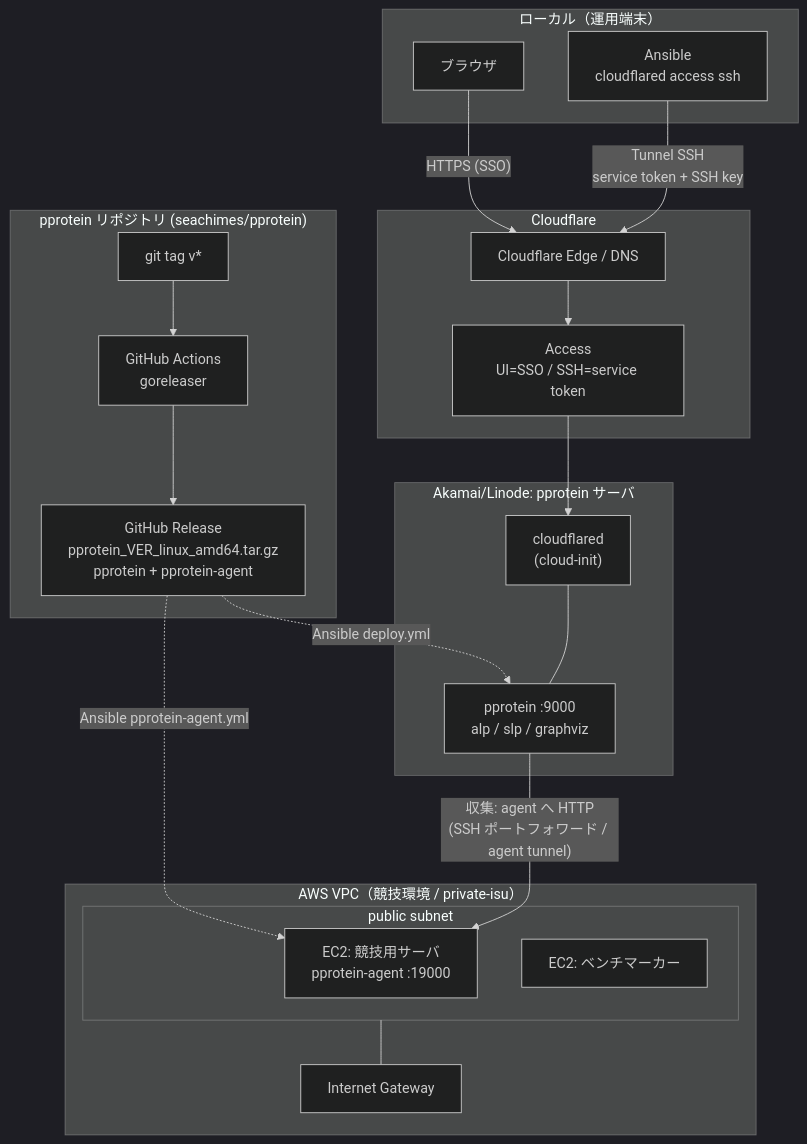
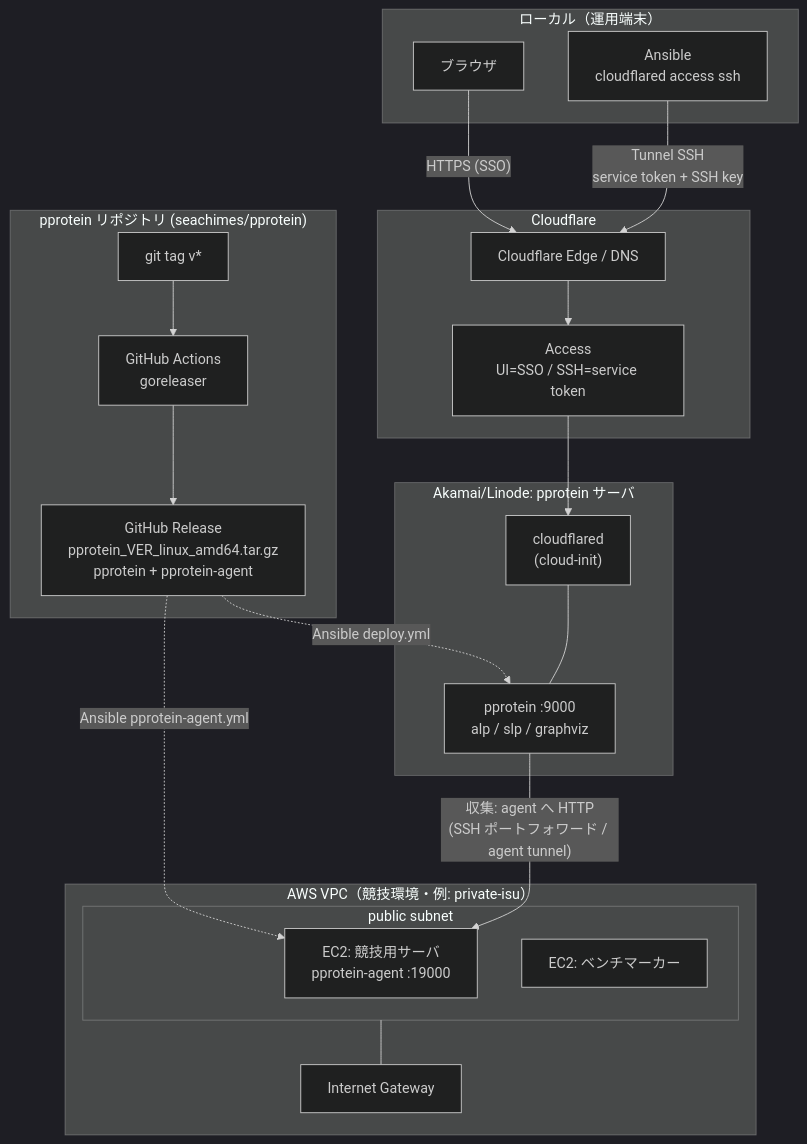
Before and after one commit to seachimes/isucon-cheatsheet: the diagram in docs/measurement-architecture.md, drawn with Mermaid (dark theme). The commit also changed other lines of this file and 17 other files, not shown here.

````diff
--- a/docs/measurement-architecture.md
+++ b/docs/measurement-architecture.md
@@ -31,41 +36,41 @@
 ```mermaid
 flowchart TB
   subgraph repo["pprotein リポジトリ (seachimes/pprotein)"]
     tag["git tag v*"] --> gha["GitHub Actions<br/>goreleaser"]
     gha --> rel["GitHub Release<br/>pprotein_VER_linux_amd64.tar.gz<br/>pprotein + pprotein-agent"]
   end
 
   subgraph ctrl["ローカル（運用端末）"]
     ansible["Ansible<br/>cloudflared access ssh"]
     browser["ブラウザ"]
   end
 
   subgraph cf["Cloudflare"]
     edge["Cloudflare Edge / DNS"]
     access["Access<br/>UI=SSO / SSH=service token"]
   end
 
   subgraph linode["Akamai/Linode: pprotein サーバ"]
     cfds["cloudflared<br/>(cloud-init)"]
     ppro["pprotein :9000<br/>alp / slp / graphviz"]
   end
 
-  subgraph aws["AWS VPC（競技環境 / private-isu）"]
+  subgraph aws["AWS VPC（競技環境・例: private-isu）"]
     igw["Internet Gateway"]
     subgraph subnet["public subnet"]
       app["EC2: 競技用サーバ<br/>pprotein-agent :19000"]
       bench["EC2: ベンチマーカー"]
     end
   end
 
   rel -. "Ansible deploy.yml" .-> ppro
   rel -. "Ansible pprotein-agent.yml" .-> app
 
   browser -->|"HTTPS (SSO)"| edge
   ansible -->|"Tunnel SSH<br/>service token + SSH key"| edge
   edge --> access --> cfds
   cfds --- ppro
 
   ppro -->|"収集: agent へ HTTP<br/>(SSH ポートフォワード / agent tunnel)"| app
   subnet --- igw
 ```
````
